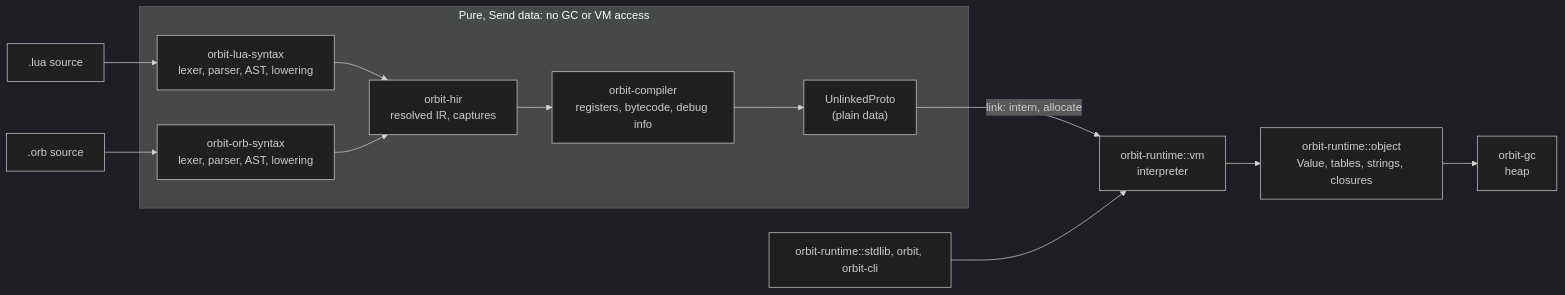
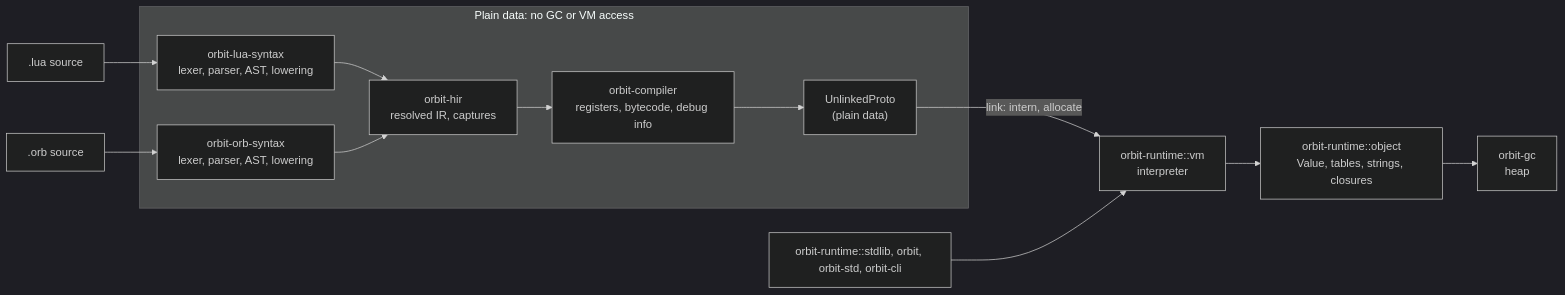
One commit to orbitscript-lang/OrbitScript changed the diagram in docs/design/README.md. Above: the diagram before and after it, drawn with Mermaid (dark theme). The commit also changed other lines of this file and 61 other files, not shown here.

````diff
--- a/docs/design/README.md
+++ b/docs/design/README.md
@@ -18,21 +7,21 @@
 ```mermaid
 flowchart LR
     lua[".lua source"] --> luasyn["orbit-lua-syntax<br/>lexer, parser, AST, lowering"]
     orb[".orb source"] --> orbsyn["orbit-orb-syntax<br/>lexer, parser, AST, lowering"]
     luasyn --> hir["orbit-hir<br/>resolved IR, captures"]
     orbsyn --> hir
     hir --> comp["orbit-compiler<br/>registers, bytecode, debug info"]
     comp --> unlinked["UnlinkedProto<br/>(plain data)"]
     unlinked -- "link: intern, allocate" --> vm["orbit-runtime::vm<br/>interpreter"]
     vm --> core["orbit-runtime::object<br/>Value, tables, strings, closures"]
     core --> gc["orbit-gc<br/>heap"]
-    host["orbit-runtime::stdlib, orbit, orbit-cli"] --> vm
+    host["orbit-runtime::stdlib, orbit, orbit-std, orbit-cli"] --> vm
 
-    subgraph pure ["Pure, Send data: no GC or VM access"]
+    subgraph pure ["Plain data: no GC or VM access"]
         luasyn
         orbsyn
         hir
         comp
         unlinked
     end
 ```
````
